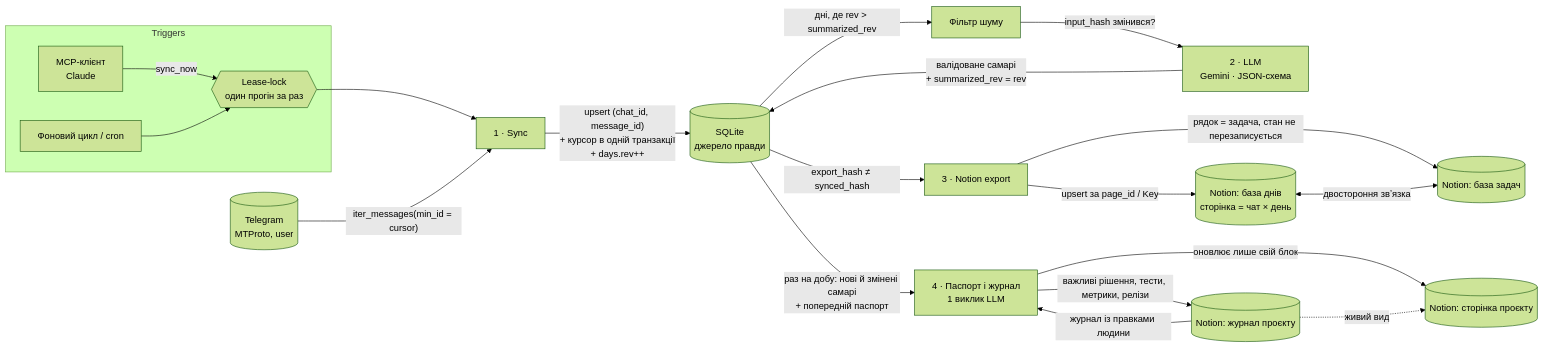
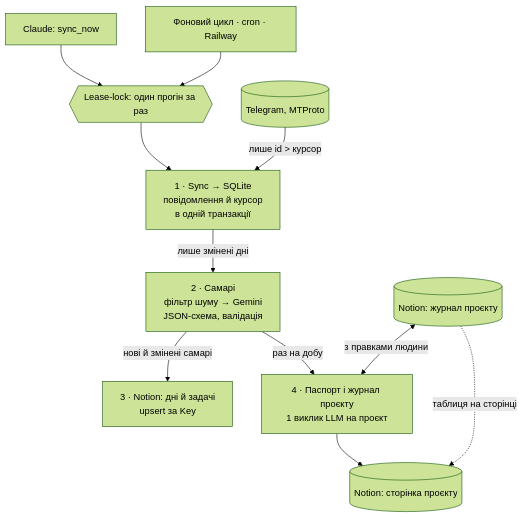
Before and after one commit to mitnikovaola-afk/telegram-mcp-connector: the diagram in README.md, drawn with Mermaid (forest theme). The commit also changed other lines of this file and 13 other files, not shown here.

````diff
--- a/README.md
+++ b/README.md
@@ -499,22 +74,14 @@
 ```mermaid
-flowchart LR
-    subgraph Triggers
-        C[MCP-клієнт<br/>Claude] -->|sync_now| P
-        T[Фоновий цикл / cron] --> P
-    end
-    P{{Lease-lock<br/>один прогін за раз}} --> S
-    TG[(Telegram<br/>MTProto, user)] -->|"iter_messages(min_id = cursor)"| S[1 · Sync]
-    S -->|"upsert (chat_id, message_id)<br/>+ курсор в одній транзакції<br/>+ days.rev++"| DB[(SQLite<br/>джерело правди)]
-    DB -->|"дні, де rev > summarized_rev"| F[Фільтр шуму]
-    F -->|"input_hash змінився?"| L[2 · LLM<br/>Gemini · JSON-схема]
-    L -->|"валідоване самарі<br/>+ summarized_rev = rev"| DB
-    DB -->|"export_hash ≠ synced_hash"| N[3 · Notion export]
-    N -->|"upsert за page_id / Key"| NO[(Notion: база днів<br/>сторінка = чат × день)]
-    N -->|"рядок = задача, стан не перезаписується"| NT[(Notion: база задач)]
-    NO <-->|"двостороння звʼязка"| NT
-    DB -->|"раз на добу: нові й змінені самарі<br/>+ попередній паспорт"| B[4 · Паспорт і журнал<br/>1 виклик LLM]
-    ND[(Notion: журнал проєкту)] -->|"журнал із правками людини"| B
-    B -->|"важливі рішення, тести, метрики, релізи"| ND
-    B -->|"оновлює лише свій блок"| NP[(Notion: сторінка проєкту)]
-    ND -.->|"живий вид"| NP
+flowchart TB
+    C["Claude: sync_now"] --> P
+    T["Фоновий цикл · cron · Railway"] --> P
+    P{{"Lease-lock: один прогін за раз"}} --> S1
+    TG[("Telegram, MTProto")] -->|"лише id > курсор"| S1
+    S1["1 · Sync → SQLite<br/>повідомлення й курсор<br/>в одній транзакції"] -->|"лише змінені дні"| S2
+    S2["2 · Самарі<br/>фільтр шуму → Gemini<br/>JSON-схема, валідація"] -->|"нові й змінені самарі"| S3
+    S2 -->|"раз на добу"| S4
+    S3["3 · Notion: дні й задачі<br/>upsert за Key"]
+    S4["4 · Паспорт і журнал проєкту<br/>1 виклик LLM на проєкт"] --> NP[("Notion: сторінка проєкту")]
+    LOG[("Notion: журнал проєкту")] <-->|"з правками людини"| S4
+    LOG -.->|"таблиця на сторінці"| NP
 ```
````
